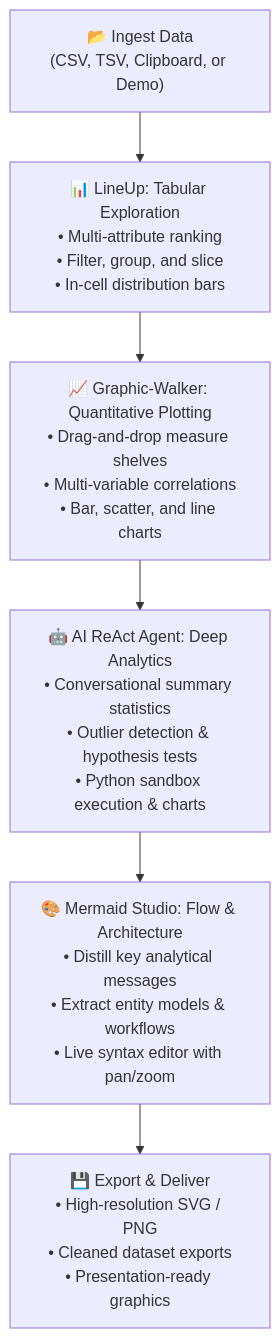
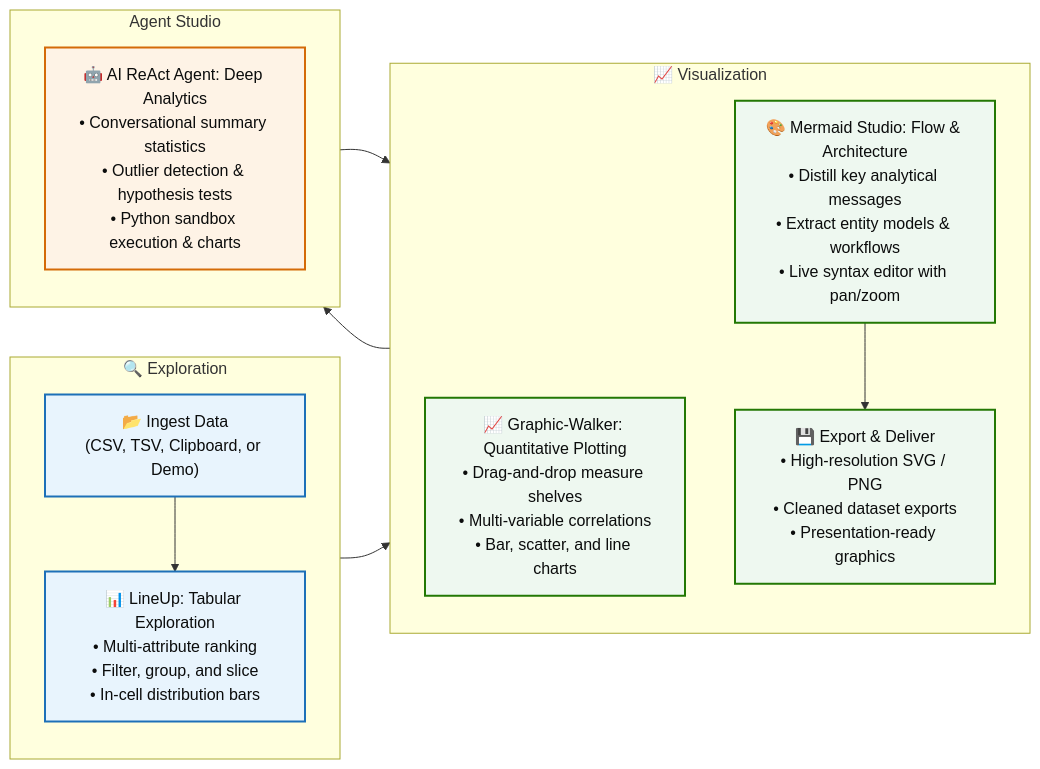
Before and after one commit to albortino/dataviz-agent: the diagram in README.md, drawn with Mermaid.

Commit message:
fix(readme): Update flowchart for analytical workflow in README

````diff
--- a/README.md
+++ b/README.md
@@ -26,8 +26,36 @@
 ```mermaid
-flowchart TD
-    A["📂 Ingest Data\n(CSV, TSV, Clipboard, or Demo)"] --> B["📊 LineUp: Tabular Exploration\n• Multi-attribute ranking\n• Filter, group, and slice\n• In-cell distribution bars"]
-    B --> C["📈 Graphic-Walker: Quantitative Plotting\n• Drag-and-drop measure shelves\n• Multi-variable correlations\n• Bar, scatter, and line charts"]
-    C --> D["🤖 AI ReAct Agent: Deep Analytics\n• Conversational summary statistics\n• Outlier detection & hypothesis tests\n• Python sandbox execution & charts"]
-    D --> E["🎨 Mermaid Studio: Flow & Architecture\n• Distill key analytical messages\n• Extract entity models & workflows\n• Live syntax editor with pan/zoom"]
-    E --> F["💾 Export & Deliver\n• High-resolution SVG / PNG\n• Cleaned dataset exports\n• Presentation-ready graphics"]
+flowchart LR
+    subgraph Exploration["🔍 Exploration"]
+        direction TB
+        A["📂 Ingest Data<br/>(CSV, TSV, Clipboard, or Demo)"]
+        B["📊 LineUp: Tabular Exploration<br/>• Multi-attribute ranking<br/>• Filter, group, and slice<br/>• In-cell distribution bars"]
+    end
+
+    subgraph Visualization["📈 Visualization"]
+        direction TB
+        C["📈 Graphic-Walker: Quantitative Plotting<br/>• Drag-and-drop measure shelves<br/>• Multi-variable correlations<br/>• Bar, scatter, and line charts"]
+        E["🎨 Mermaid Studio: Flow & Architecture<br/>• Distill key analytical messages<br/>• Extract entity models & workflows<br/>• Live syntax editor with pan/zoom"]
+        F["💾 Export & Deliver<br/>• High-resolution SVG / PNG<br/>• Cleaned dataset exports<br/>• Presentation-ready graphics"]
+    end
+
+    subgraph Agent["Agent Studio"]
+        direction TB
+        D["🤖 AI ReAct Agent: Deep Analytics<br/>• Conversational summary statistics<br/>• Outlier detection & hypothesis tests<br/>• Python sandbox execution & charts"]
+    end
+
+    %% Workflow Connections
+    A --> B
+    B --> C
+    C --> D
+    D --> E
+    E --> F
+
+    %% Styling
+    classDef exploration fill:#e8f4fd,stroke:#1d70b8,stroke-width:2px,color:#0b0c0c;
+    classDef agent fill:#fef3e6,stroke:#d46b08,stroke-width:2px,color:#0b0c0c;
+    classDef viz fill:#eef8f0,stroke:#237804,stroke-width:2px,color:#0b0c0c;
+
+    class A,B exploration;
+    class C,E,F viz;
+    class D agent;
 ```
````
